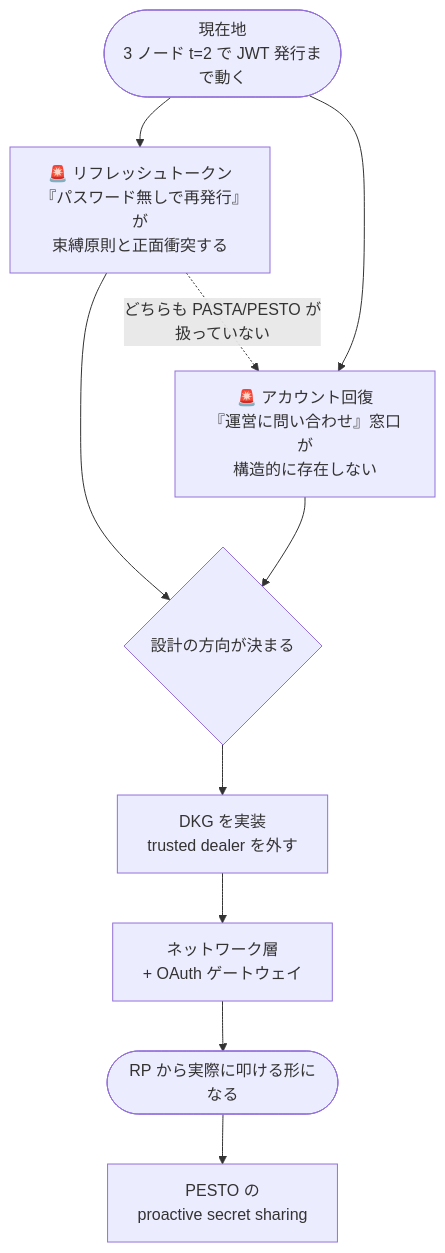
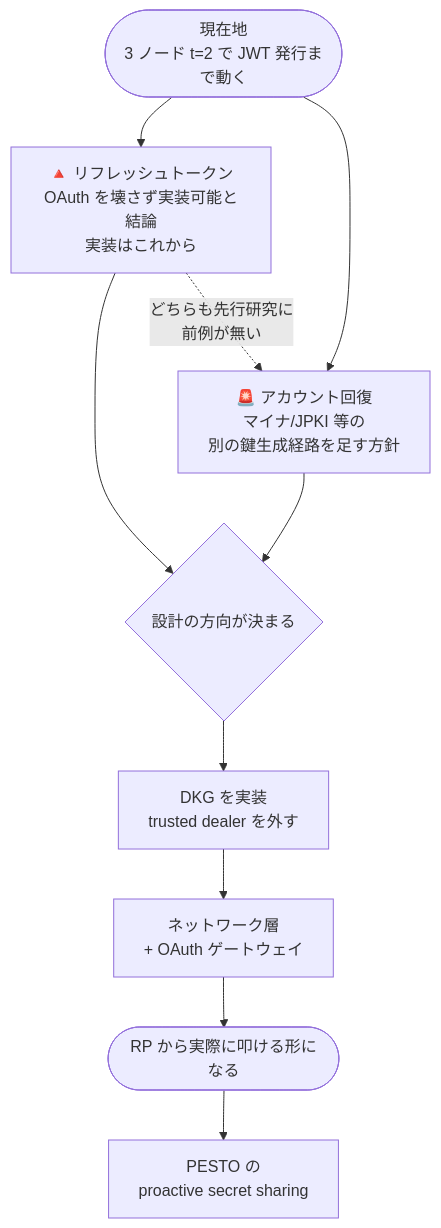
Before and after one commit to sururu-k/decentralized_identity_provider: the fifth of 5 diagrams in docs/status.md, drawn with Mermaid. The commit also changed other lines of this file, not shown here.

````diff
--- a/docs/status.md
+++ b/docs/status.md
@@ -150,17 +151,17 @@
 ```mermaid
 graph TD
     Now(["現在地<br>3 ノード t=2 で JWT 発行まで動く"])
 
-    Now --> G["🚨 リフレッシュトークン<br>『パスワード無しで再発行』が<br>束縛原則と正面衝突する"]
-    Now --> H["🚨 アカウント回復<br>『運営に問い合わせ』窓口が<br>構造的に存在しない"]
+    Now --> G["🔺 リフレッシュトークン<br>OAuth を壊さず実装可能と結論<br>実装はこれから"]
+    Now --> H["🚨 アカウント回復<br>マイナ/JPKI 等の<br>別の鍵生成経路を足す方針"]
 
     G --> Decide{"設計の方向が決まる"}
     H --> Decide
 
     Decide --> DKG["DKG を実装<br>trusted dealer を外す"]
     DKG --> Net["ネットワーク層<br>+ OAuth ゲートウェイ"]
     Net --> RP(["RP から実際に叩ける形になる"])
     RP --> PSS["PESTO の<br>proactive secret sharing"]
 
-    G -.->|"どちらも PASTA/PESTO が<br>扱っていない"| H
+    G -.->|"どちらも先行研究に<br>前例が無い"| H
 ```
````
